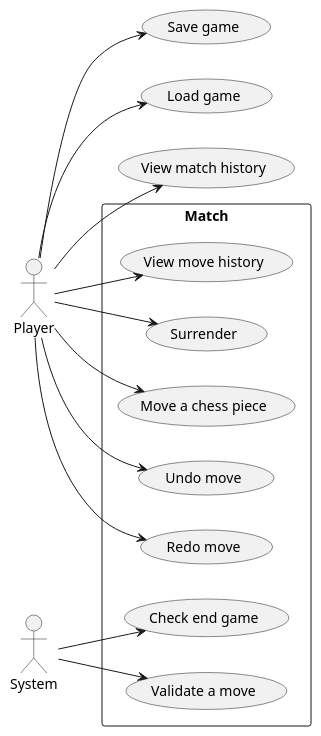
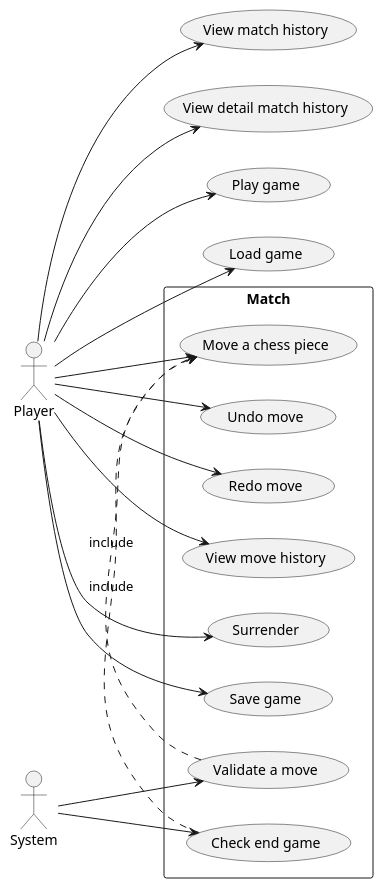
The diagram in use-case-diagram.puml (duyhq-zee1/chess-game), drawn with PlantUML before and after one commit.

Commit message:
UML: do Use Case chess game

```diff
--- a/use-case-diagram.puml
+++ b/use-case-diagram.puml
@@ -1,34 +1,42 @@
 @startuml "Use case"
 left to right direction
 
 actor Player
 
 actor System
 
 rectangle Match {
-  usecase "Move a chess piece" as moveAChess
+  
   usecase "Undo move" as undoMove
   usecase "Redo move" as redoMove
   usecase "View move history" as viewMoveHistory
   usecase "Check end game" as checkEndGame
   usecase "Validate a move" as validateAMove
   usecase "Surrender" as surrender
+  usecase "Save game" as saveGame
+  usecase "Move a chess piece" as moveAChess
+
+  Player --> undoMove
+  Player --> redoMove
+  Player --> viewMoveHistory
+  System --> checkEndGame
+  System --> validateAMove
+  Player --> surrender
+  Player --> saveGame
+  Player --> moveAChess
+  
+  (validateAMove) .> (moveAChess) : include
+  (checkEndGame) .> (moveAChess) : include
 }
 
-usecase "Save game" as saveGame
+usecase "Play game" as playGame
 usecase "Load game" as loadGame
 usecase "View match history" as viewMatchHistory
+usecase "View detail match history" as viewDetailMatchHistory
 
-Player --> moveAChess
-Player --> saveGame
+Player --> playGame
 Player --> loadGame
-Player --> undoMove
-Player --> redoMove
-Player --> viewMoveHistory
-Player --> surrender
 Player --> viewMatchHistory
-
-System --> checkEndGame
-System --> validateAMove
+Player --> viewDetailMatchHistory
 
 @enduml
```
